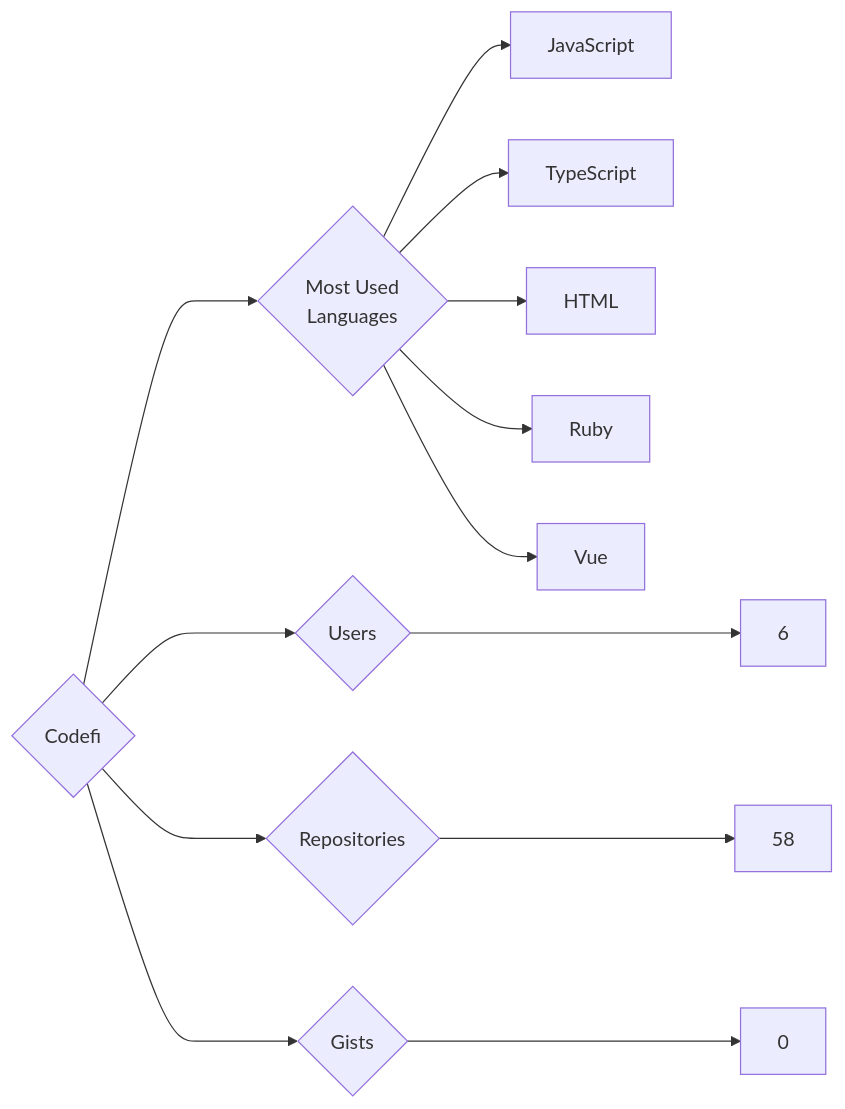
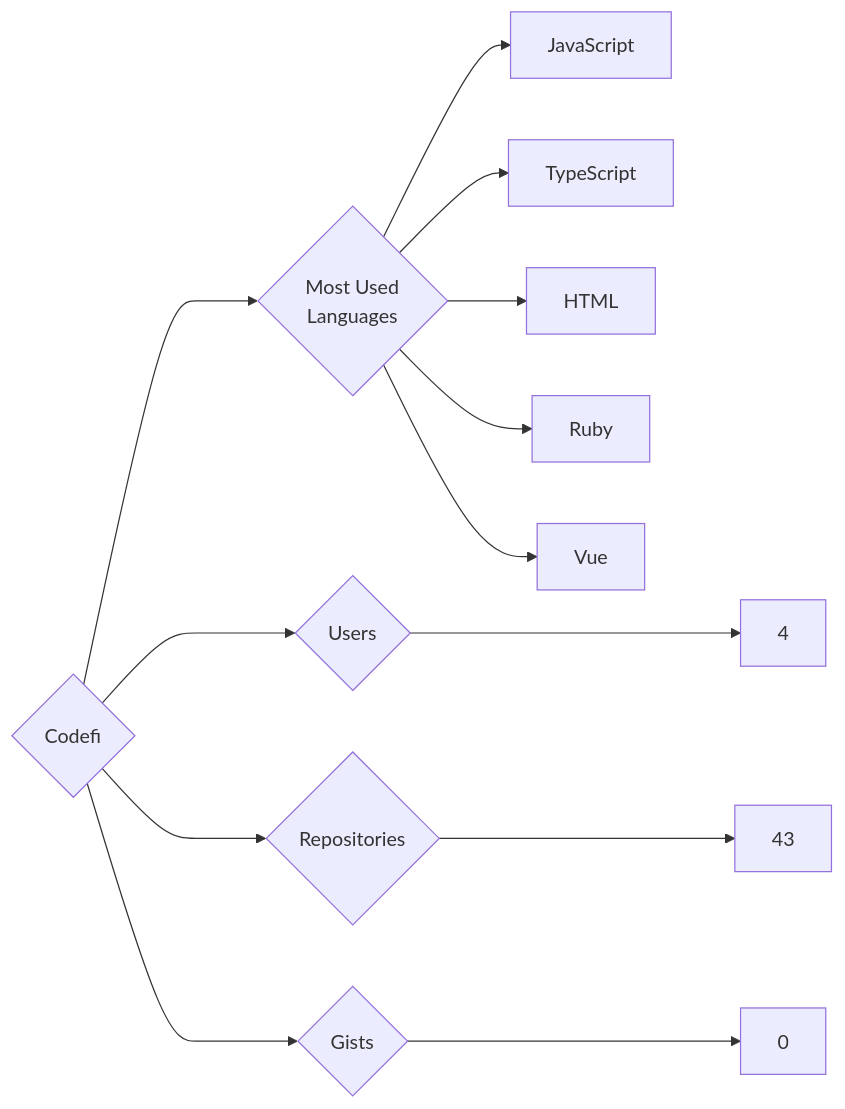
Before and after one commit to trickest/insiders: the diagram in targets/Codefi/README.md, drawn with Mermaid. The commit also changed 935 other files, not shown here.

````diff
--- a/targets/Codefi/README.md
+++ b/targets/Codefi/README.md
@@ -3,13 +3,13 @@
 ```mermaid
 graph LR
 COMPANY_NAME{Codefi}
-COMPANY_NAME ---> U{Users} ---> UN[6]
-COMPANY_NAME ---> R{Repositories} ---> RN[58]
+COMPANY_NAME ---> U{Users} ---> UN[4]
+COMPANY_NAME ---> R{Repositories} ---> RN[43]
 COMPANY_NAME ---> G{Gists} ---> GN[0]
 COMPANY_NAME ---> ML{Most Used<br>Languages}
 ML --> JavaScript[JavaScript]
 ML --> TypeScript[TypeScript]
 ML --> HTML[HTML]
 ML --> Ruby[Ruby]
 ML --> Vue[Vue]
 ```
````
